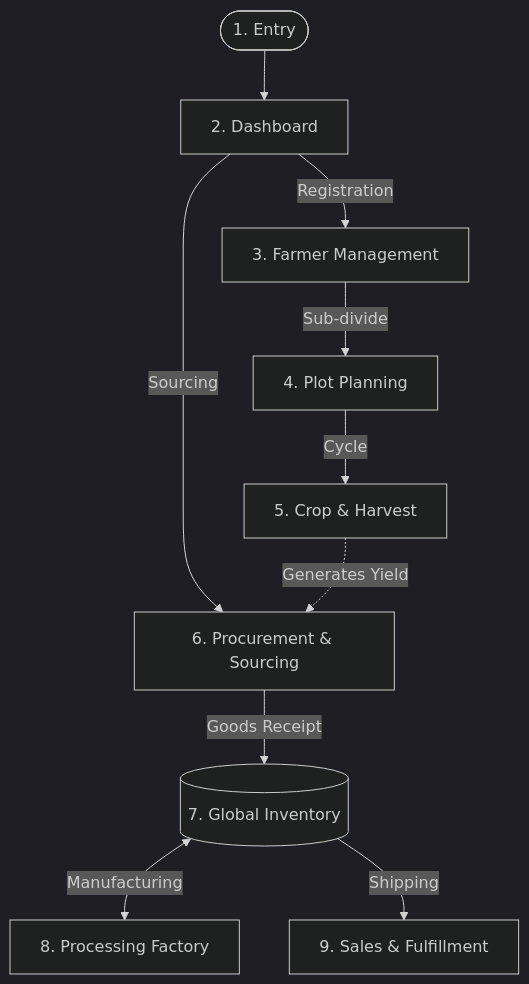
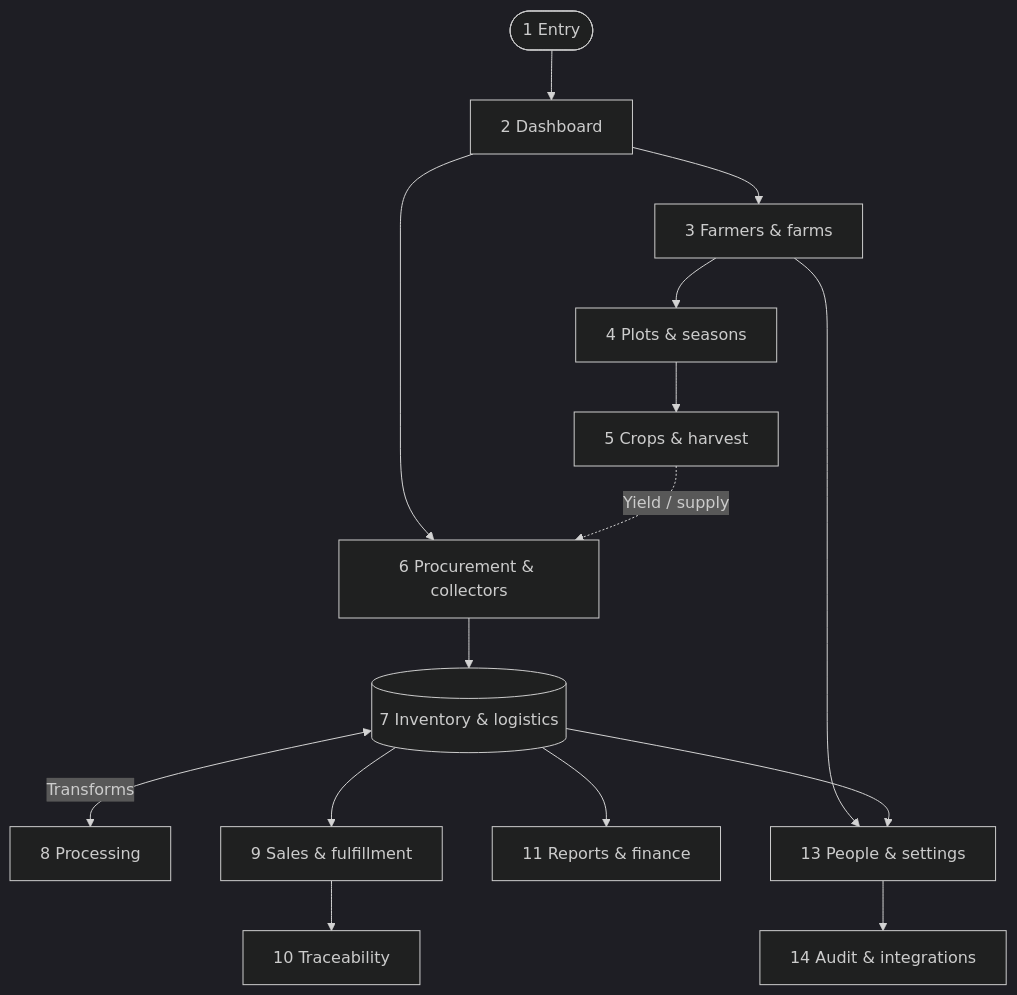
One commit to nsntr-ai/happy-farmers-manual changed the diagram in plan/DOCUMENT_OUTLINE.md. Above: the diagram before and after it, drawn with Mermaid (dark theme). The commit also changed other lines of this file and 74 other files, not shown here.

Commit message:
docs: expand module documentation with new sections for plot planning, procurement, inventory, and more; update entry and dashboard content for clarity

````diff
--- a/plan/DOCUMENT_OUTLINE.md
+++ b/plan/DOCUMENT_OUTLINE.md
@@ -112,15 +152,21 @@
 ```mermaid
 flowchart TD
-    A([1. Entry]) --> B[2. Dashboard]
-    B -->|Registration| C[3. Farmer Management]
-    C -->|Sub-divide| D[4. Plot Planning]
-    D -->|Cycle| E[5. Crop & Harvest]
+    A([1 Entry]) --> B[2 Dashboard]
+    B --> C[3 Farmers & farms]
+    C --> D[4 Plots & seasons]
+    D --> E[5 Crops & harvest]
 
-    B -->|Sourcing| F[6. Procurement & Sourcing]
-    E -.->|Generates Yield| F
+    B --> F[6 Procurement & collectors]
+    E -.->|Yield / supply| F
 
-    F -->|Goods Receipt| G[(7. Global Inventory)]
-    G <-->|Manufacturing| H[8. Processing Factory]
+    F --> G[(7 Inventory & logistics)]
+    G <-->|Transforms| H[8 Processing]
 
-    G -->|Shipping| I[9. Sales & Fulfillment]
+    G --> I[9 Sales & fulfillment]
+    I --> J[10 Traceability]
+    G --> K[11 Reports & finance]
+
+    C --> L[13 People & settings]
+    G --> L
+    L --> M[14 Audit & integrations]
 ```
````
